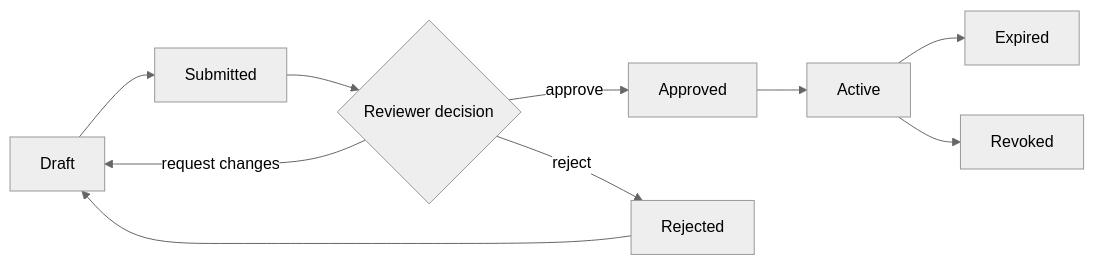
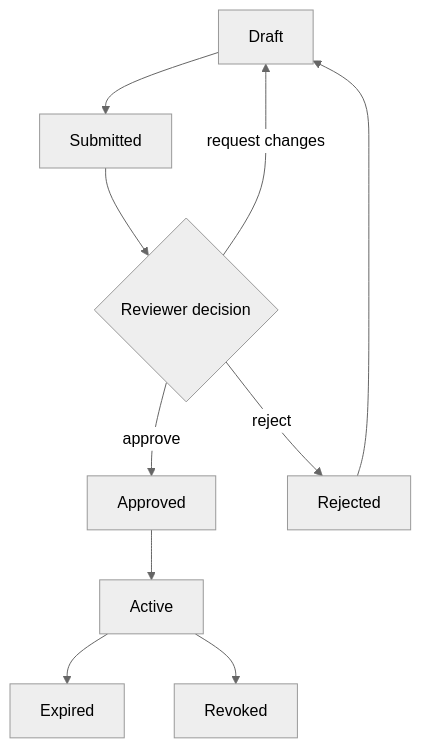
The sixth of 7 diagrams in content/writing/diagram-examples.md (eltorr/md2spa), drawn with Mermaid (neutral theme) before and after one commit. The commit also changed other lines of this file, not shown here.

````diff
--- a/content/writing/diagram-examples.md
+++ b/content/writing/diagram-examples.md
@@ -192,12 +195,12 @@
 ```mermaid
-flowchart LR
+flowchart TD
   Draft --> Submitted
   Submitted --> Review{Reviewer decision}
   Review -->|approve| Approved
   Review -->|reject| Rejected
   Review -->|request changes| Draft
   Approved --> Active
   Active --> Expired
   Active --> Revoked
   Rejected --> Draft
 ```
````
